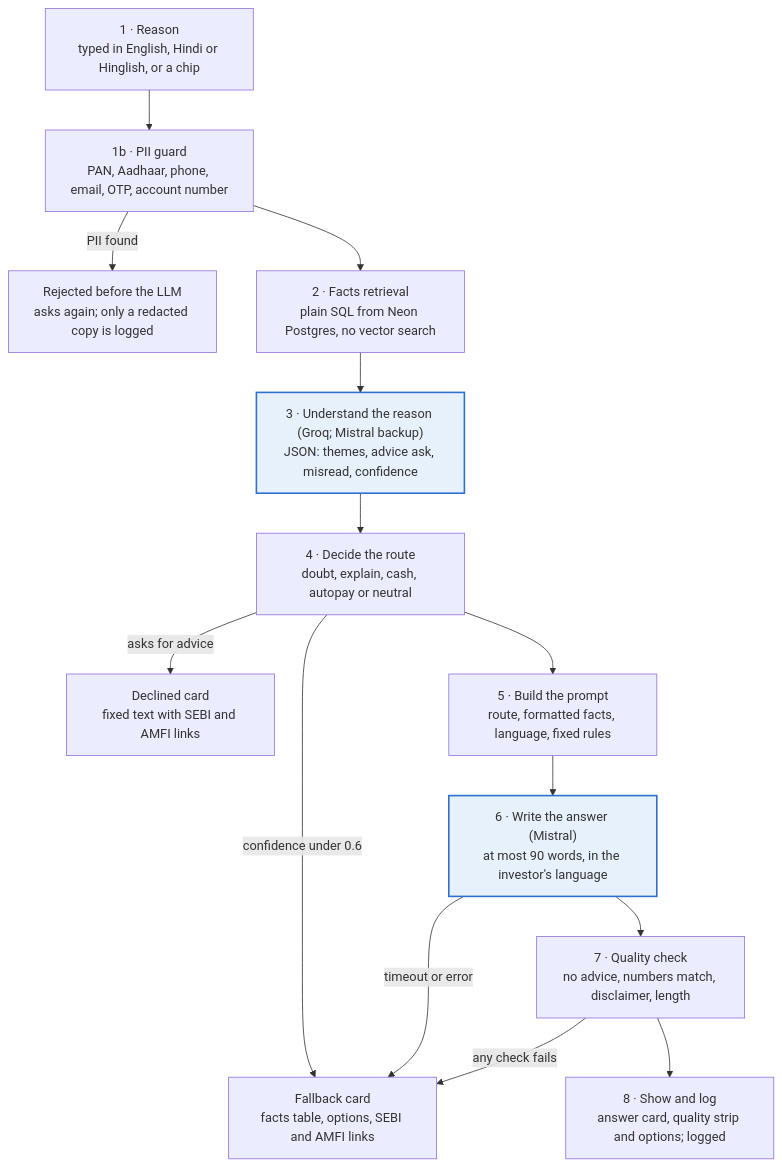
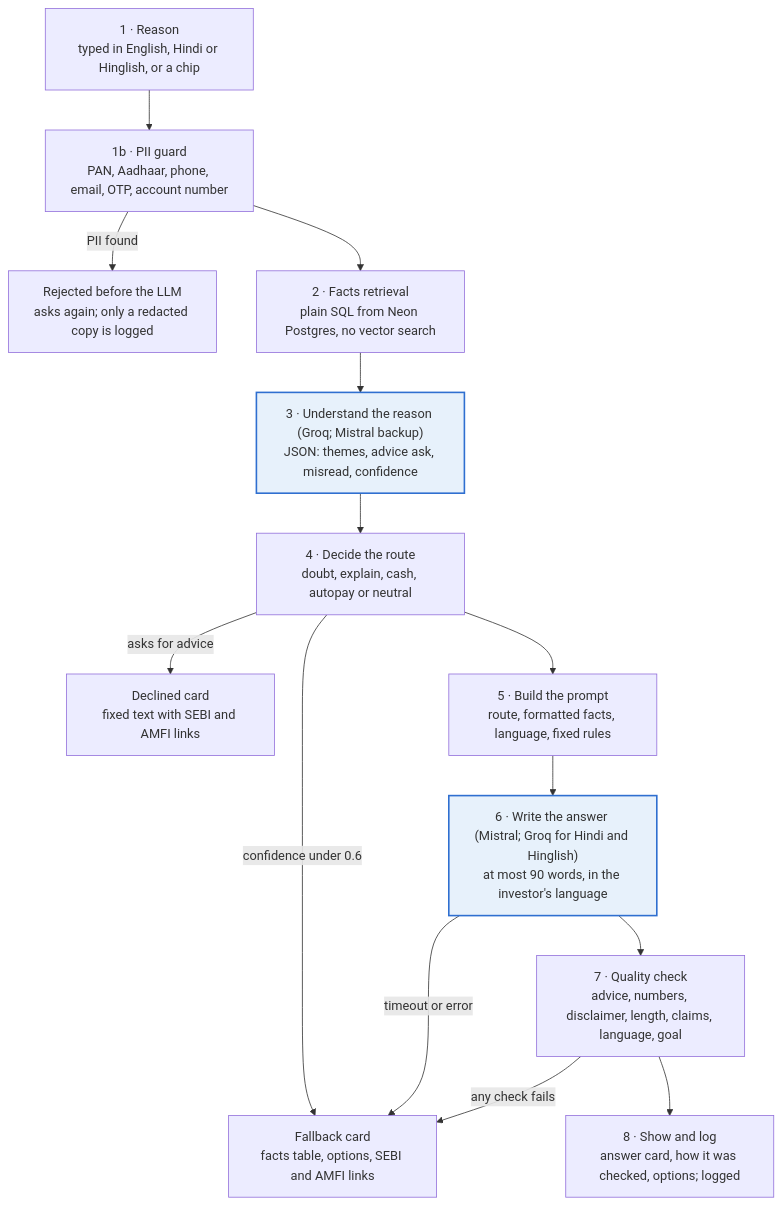
One commit to aalpha00007-ui/GROWW_SIP changed the diagram in Docs/PRD.md. Above: the diagram before and after it, drawn with Mermaid. The commit also changed other lines of this file and 3 other files, not shown here.

````diff
--- a/Docs/PRD.md
+++ b/Docs/PRD.md
@@ -91,18 +91,18 @@
 ```mermaid
 flowchart TD
     A["1 · Reason<br/>typed in English, Hindi or Hinglish, or a chip"] --> B["1b · PII guard<br/>PAN, Aadhaar, phone, email, OTP, account number"]
     B -- "PII found" --> R["Rejected before the LLM<br/>asks again; only a redacted copy is logged"]
     B --> C["2 · Facts retrieval<br/>plain SQL from Neon Postgres, no vector search"]
     C --> D["3 · Understand the reason (Groq; Mistral backup)<br/>JSON: themes, advice ask, misread, confidence"]
     D --> E["4 · Decide the route<br/>doubt, explain, cash, autopay or neutral"]
     E -- "asks for advice" --> X["Declined card<br/>fixed text with SEBI and AMFI links"]
     E -- "confidence under 0.6" --> F["Fallback card<br/>facts table, options, SEBI and AMFI links"]
     E --> P["5 · Build the prompt<br/>route, formatted facts, language, fixed rules"]
-    P --> G["6 · Write the answer (Mistral)<br/>at most 90 words, in the investor's language"]
+    P --> G["6 · Write the answer (Mistral; Groq for Hindi and Hinglish)<br/>at most 90 words, in the investor's language"]
     G -- "timeout or error" --> F
-    G --> Q["7 · Quality check<br/>no advice, numbers match, disclaimer, length"]
+    G --> Q["7 · Quality check<br/>advice, numbers, disclaimer, length, claims, language, goal"]
     Q -- "any check fails" --> F
-    Q --> S["8 · Show and log<br/>answer card, quality strip and options; logged"]
+    Q --> S["8 · Show and log<br/>answer card, how it was checked, options; logged"]
     classDef llm fill:#e7f1fb,stroke:#2f6fd0,stroke-width:2px;
     class D,G llm;
 ```
````
